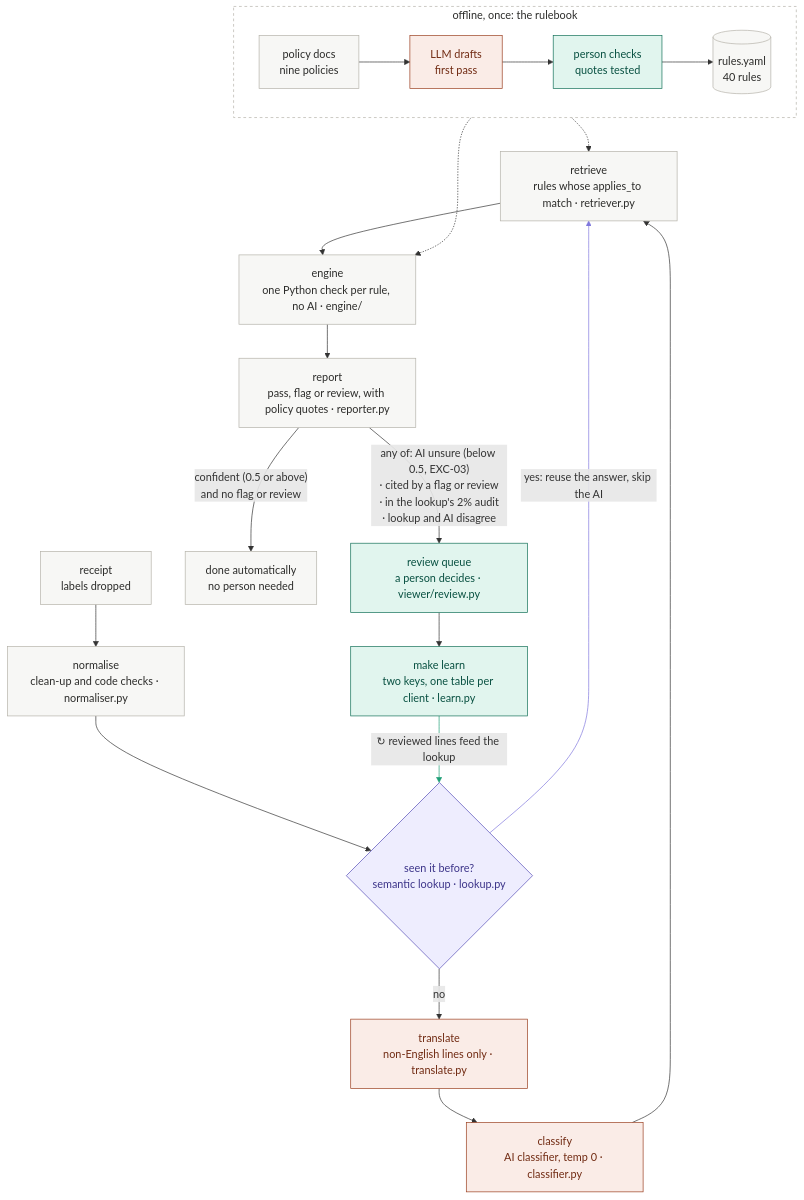
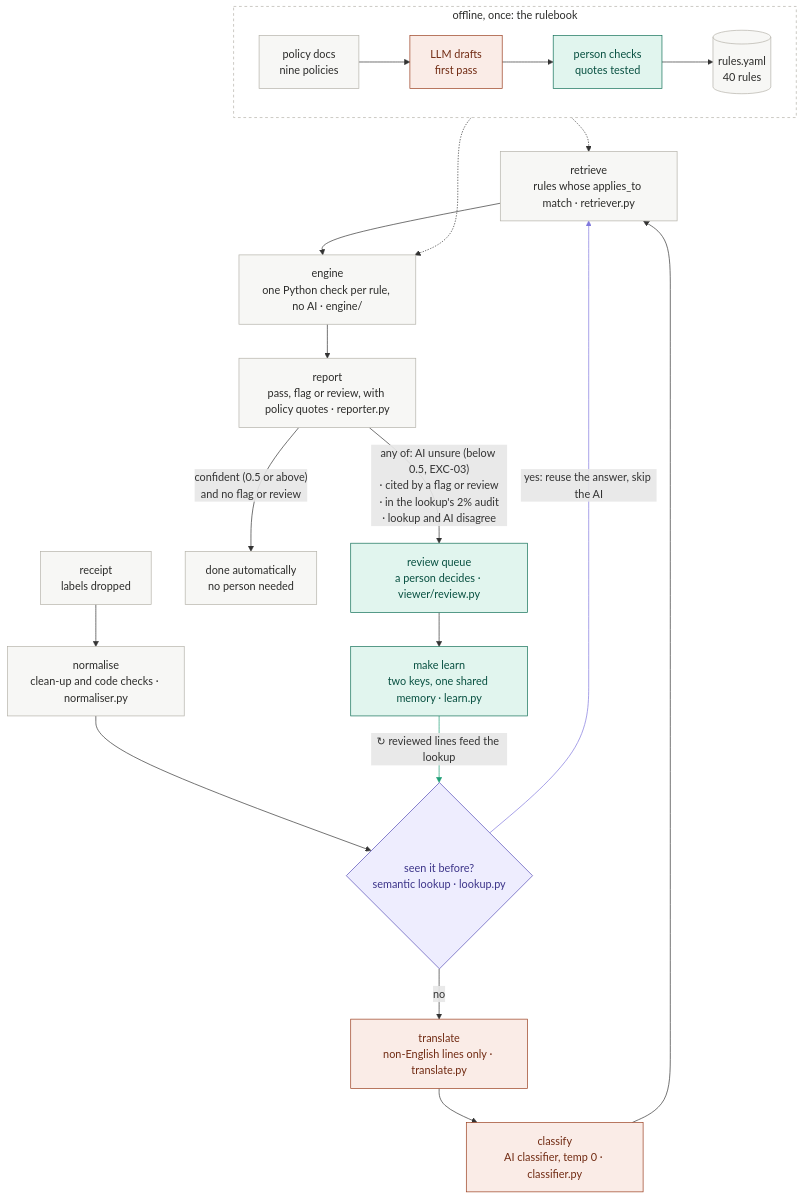
One commit to laasyaaprasad/expense-policy-validator changed the diagram in README.md. Above: the diagram before and after it, drawn with Mermaid. The commit also changed other lines of this file and 20 other files, not shown here.

First line of the commit message:
Share one lookup memory across every client

````diff
--- a/README.md
+++ b/README.md
@@ -14,31 +14,31 @@
 ```mermaid
 flowchart TB
     R["receipt<br/>labels dropped"] --> N["normalise<br/>clean-up and code checks · normaliser.py"]
     N --> L{"seen it before?<br/>semantic lookup · lookup.py"}
     L -- "no" --> T["translate<br/>non-English lines only · translate.py"]
     T --> K["classify<br/>AI classifier, temp 0 · classifier.py"]
     K --> P["retrieve<br/>rules whose applies_to match · retriever.py"]
     L -- "yes: reuse the answer, skip the AI" --> P
     P --> E["engine<br/>one Python check per rule, no AI · engine/"]
     E --> O["report<br/>pass, flag or review, with policy quotes · reporter.py"]
     O -- "confident (0.5 or above)<br/>and no flag or review" --> A["done automatically<br/>no person needed"]
     O -- "any of: AI unsure (below 0.5, EXC-03)<br/>· cited by a flag or review<br/>· in the lookup's 2% audit<br/>· lookup and AI disagree" --> Q["review queue<br/>a person decides · viewer/review.py"]
-    Q --> G["make learn<br/>two keys, one table per client · learn.py"]
+    Q --> G["make learn<br/>two keys, one shared memory · learn.py"]
     G -- "↻ reviewed lines feed the lookup" --> L
     subgraph offline["offline, once: the rulebook"]
         direction LR
         D["policy docs<br/>nine policies"] --> Y1["LLM drafts<br/>first pass"] --> Y2["person checks<br/>quotes tested"] --> Y[("rules.yaml<br/>40 rules")]
     end
     Y -.-> P
     Y -.-> E
     classDef default fill:#F7F7F5,stroke:#B4B2A9,color:#2C2C2A
     classDef ai fill:#FAECE7,stroke:#993C1D,color:#712B13
     classDef lookup fill:#EEEDFE,stroke:#534AB7,color:#3C3489
     classDef people fill:#E1F5EE,stroke:#0F6E56,color:#085041
     class Y1,T,K ai
     class L lookup
     class Y2,Q,G people
     style offline fill:#FFFFFF,stroke:#B4B2A9,stroke-dasharray:4 4,color:#2C2C2A
     linkStyle 5 stroke:#7F77DD
     linkStyle 11 stroke:#1D9E75
 ```
````
